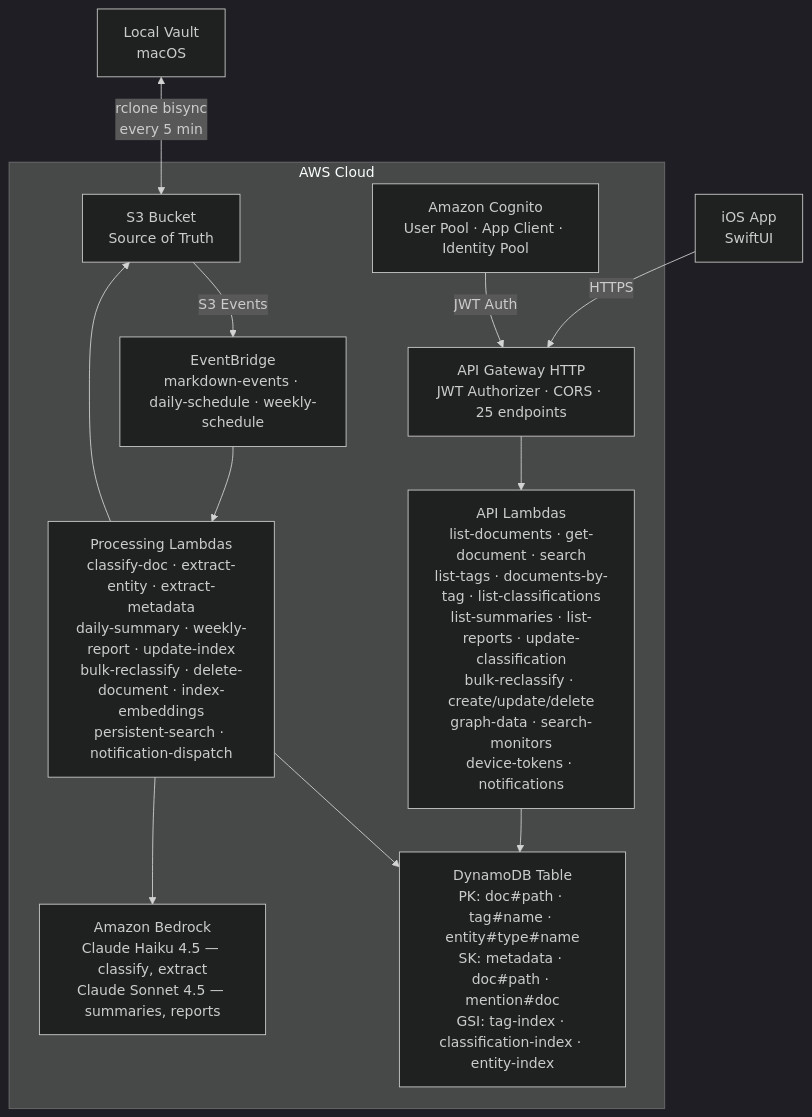
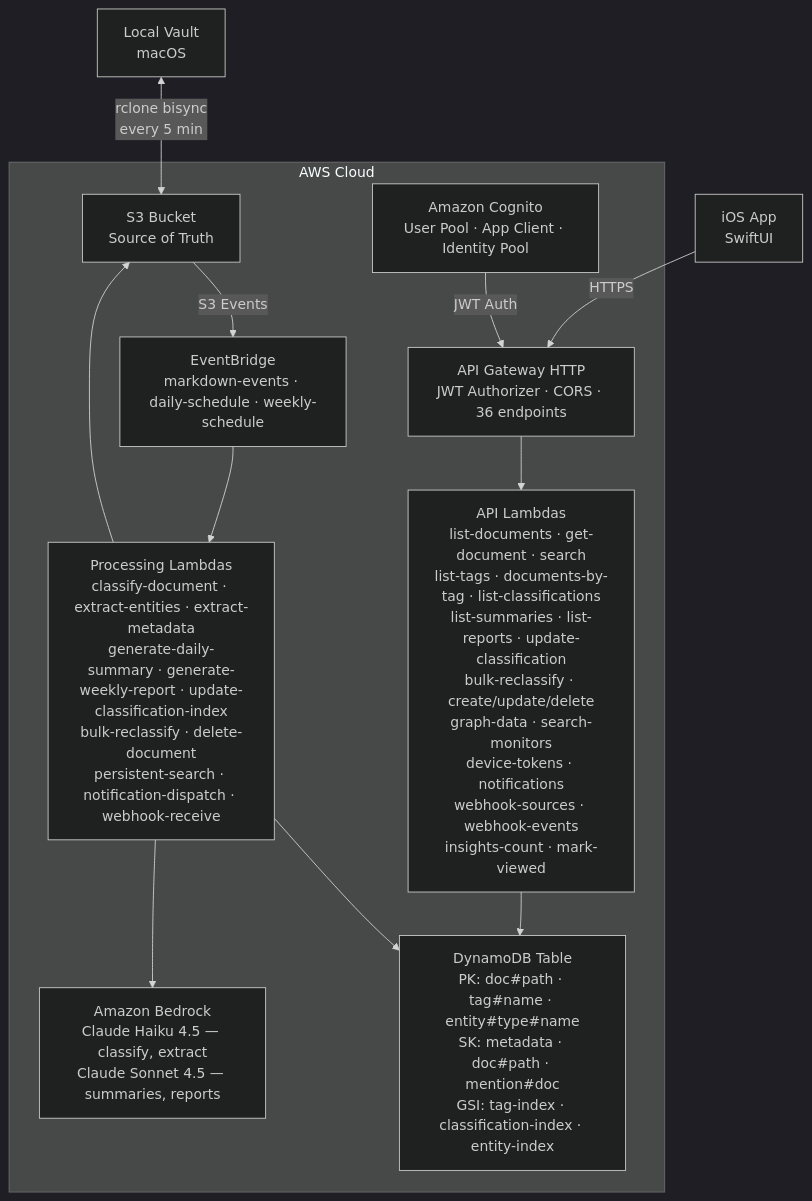
One commit to spaceba-by/pkm changed the diagram in docs/architecture.md. Above: the diagram before and after it, drawn with Mermaid (dark theme). The commit also changed other lines of this file and 5 other files, not shown here.

````diff
--- a/docs/architecture.md
+++ b/docs/architecture.md
@@ -9,23 +9,23 @@
 ```mermaid
 graph TD
     Vault[Local Vault<br/>macOS] <-->|rclone bisync<br/>every 5 min| S3
     iOS[iOS App<br/>SwiftUI] -->|HTTPS| APIGW
 
     subgraph AWS[AWS Cloud]
         S3[S3 Bucket<br/>Source of Truth]
         Cognito[Amazon Cognito<br/>User Pool · App Client · Identity Pool]
 
         S3 -->|S3 Events| EB[EventBridge<br/>markdown-events · daily-schedule · weekly-schedule]
-        Cognito -->|JWT Auth| APIGW[API Gateway HTTP<br/>JWT Authorizer · CORS · 25 endpoints]
+        Cognito -->|JWT Auth| APIGW[API Gateway HTTP<br/>JWT Authorizer · CORS · 36 endpoints]
 
-        EB --> ProcLambda[Processing Lambdas<br/>classify-doc · extract-entity · extract-metadata<br/>daily-summary · weekly-report · update-index<br/>bulk-reclassify · delete-document · index-embeddings<br/>persistent-search · notification-dispatch]
+        EB --> ProcLambda[Processing Lambdas<br/>classify-document · extract-entities · extract-metadata<br/>generate-daily-summary · generate-weekly-report · update-classification-index<br/>bulk-reclassify · delete-document<br/>persistent-search · notification-dispatch · webhook-receive]
 
-        APIGW --> APILambda[API Lambdas<br/>list-documents · get-document · search<br/>list-tags · documents-by-tag · list-classifications<br/>list-summaries · list-reports · update-classification<br/>bulk-reclassify · create/update/delete<br/>graph-data · search-monitors<br/>device-tokens · notifications]
+        APIGW --> APILambda[API Lambdas<br/>list-documents · get-document · search<br/>list-tags · documents-by-tag · list-classifications<br/>list-summaries · list-reports · update-classification<br/>bulk-reclassify · create/update/delete<br/>graph-data · search-monitors<br/>device-tokens · notifications<br/>webhook-sources · webhook-events<br/>insights-count · mark-viewed]
 
         ProcLambda --> DynamoDB[DynamoDB Table<br/>PK: doc#path · tag#name · entity#type#name<br/>SK: metadata · doc#path · mention#doc<br/>GSI: tag-index · classification-index · entity-index]
         APILambda --> DynamoDB
         ProcLambda --> S3
 
         ProcLambda --> Bedrock[Amazon Bedrock<br/>Claude Haiku 4.5 — classify, extract<br/>Claude Sonnet 4.5 — summaries, reports]
     end
 ```
````
